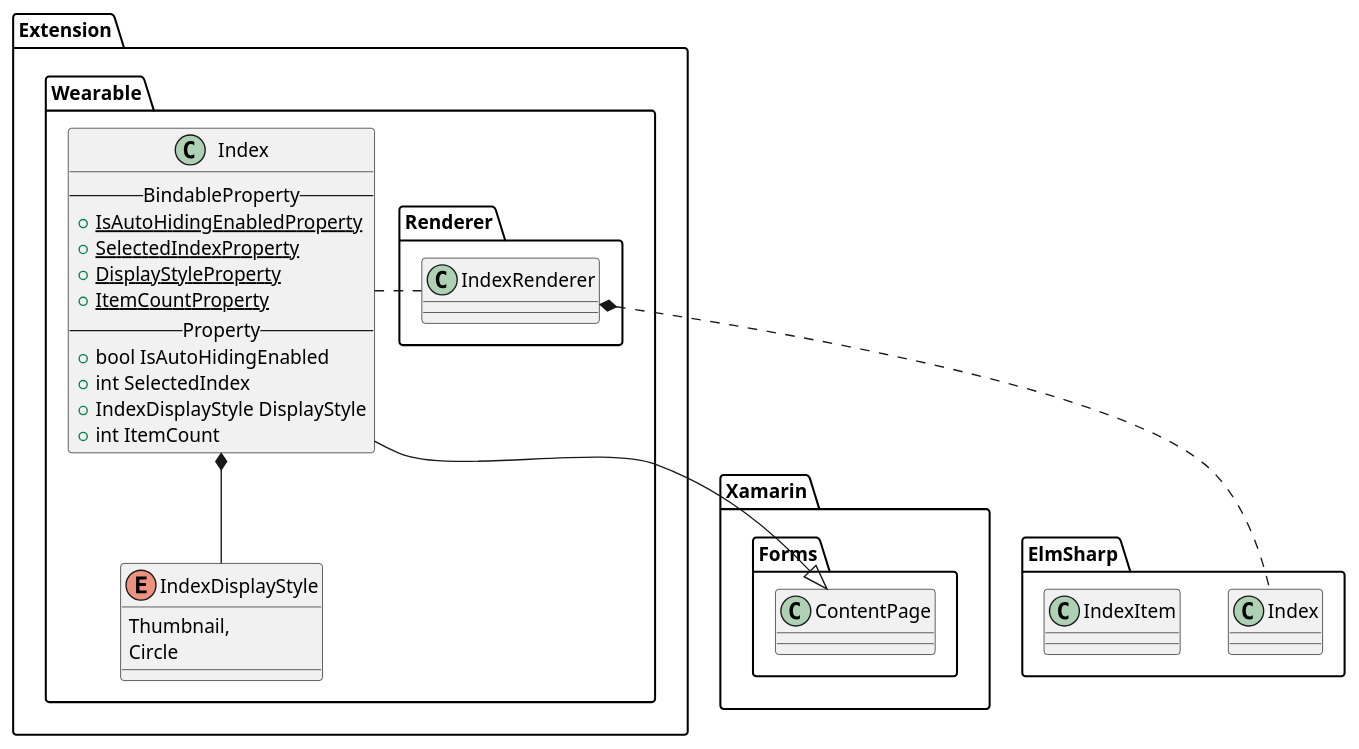
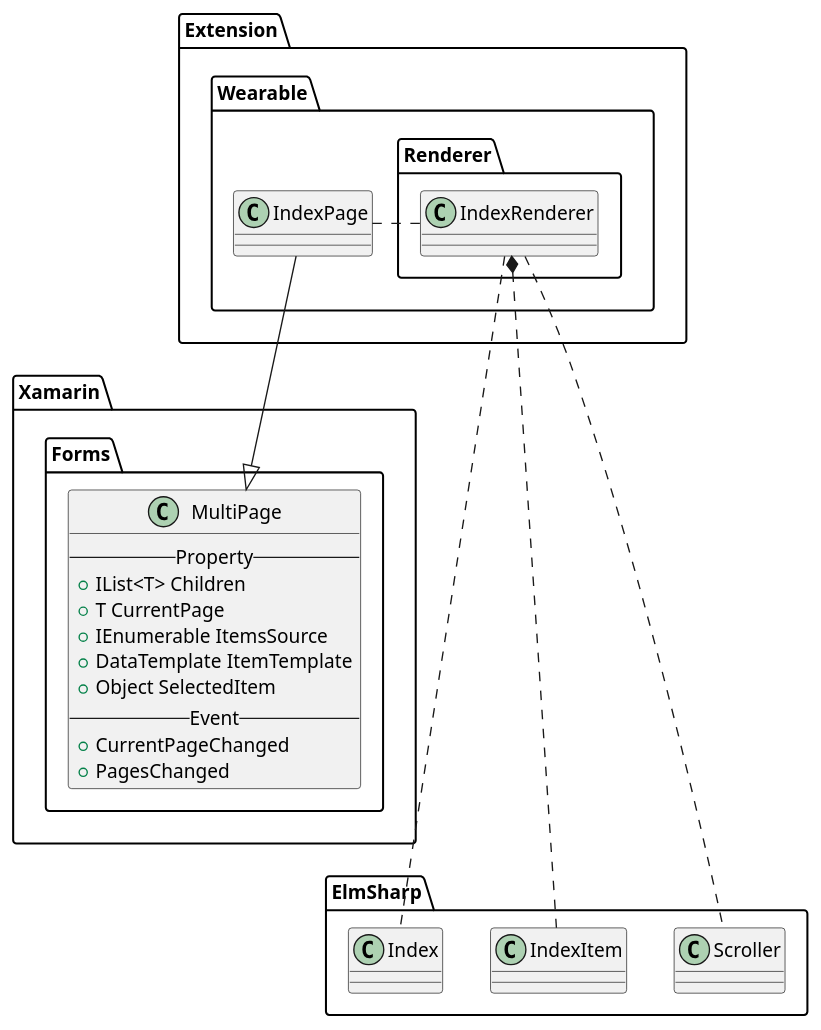
The second of 3 diagrams in doc/design/uml/Etc.wsd (Samsung/Tizen.CircularUI), drawn with PlantUML before and after one commit. The commit also changed 6 other files, not shown here.

Commit message:
modify IndexPage design document

```diff
--- a/doc/design/uml/Etc.wsd
+++ b/doc/design/uml/Etc.wsd
@@ -41,44 +41,36 @@
 @startuml IndexPage.png
 
 package "Xamarin.Forms" {
-    class ContentPage
+    class MultiPage{
+        --Property--
+        +IList<T> Children
+        +T CurrentPage
+        +IEnumerable ItemsSource
+        +DataTemplate ItemTemplate
+        +Object SelectedItem
+        --Event--
+        +CurrentPageChanged
+        +PagesChanged
+    }
 }
 
-
 package "Extension.Wearable" {
-   class Index {
-        --BindableProperty--
-        {static} +IsAutoHidingEnabledProperty
-        {static} +SelectedIndexProperty
-        {static} +DisplayStyleProperty
-        {static} +ItemCountProperty
-        --Property--
-        +bool IsAutoHidingEnabled
-        +int SelectedIndex
-        +IndexDisplayStyle DisplayStyle
-        +int ItemCount
+   class IndexPage {
     }
 
-    enum IndexDisplayStyle {
-      Thumbnail,
-      Circle
-    }
-
-    Index --|> ContentPage
-    Index *-d- IndexDisplayStyle
+    IndexPage --|> MultiPage
 }
 
 
 package "Extension.Wearable.Renderer" { 
     class IndexRenderer
-    IndexRenderer .l. Index
+    IndexRenderer .l. IndexPage
 }
 
 package "ElmSharp" {
-    class Index
-    class IndexItem
-
-    IndexRenderer *.. ElmSharp.Index
+    IndexRenderer ... ElmSharp.Index
+    IndexRenderer *.. ElmSharp.IndexItem
+    IndexRenderer ... ElmSharp.Scroller
 }
 
 @enduml
```
